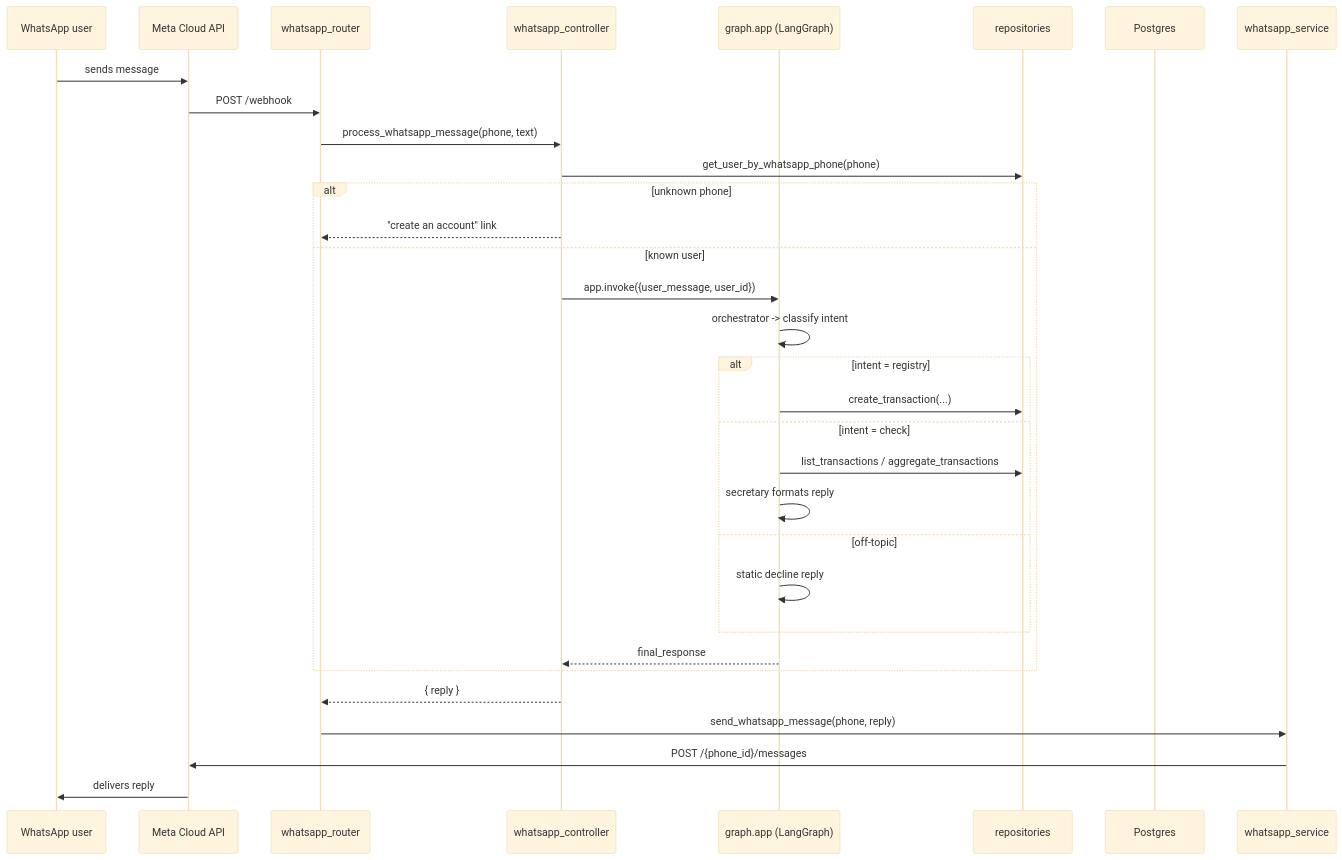
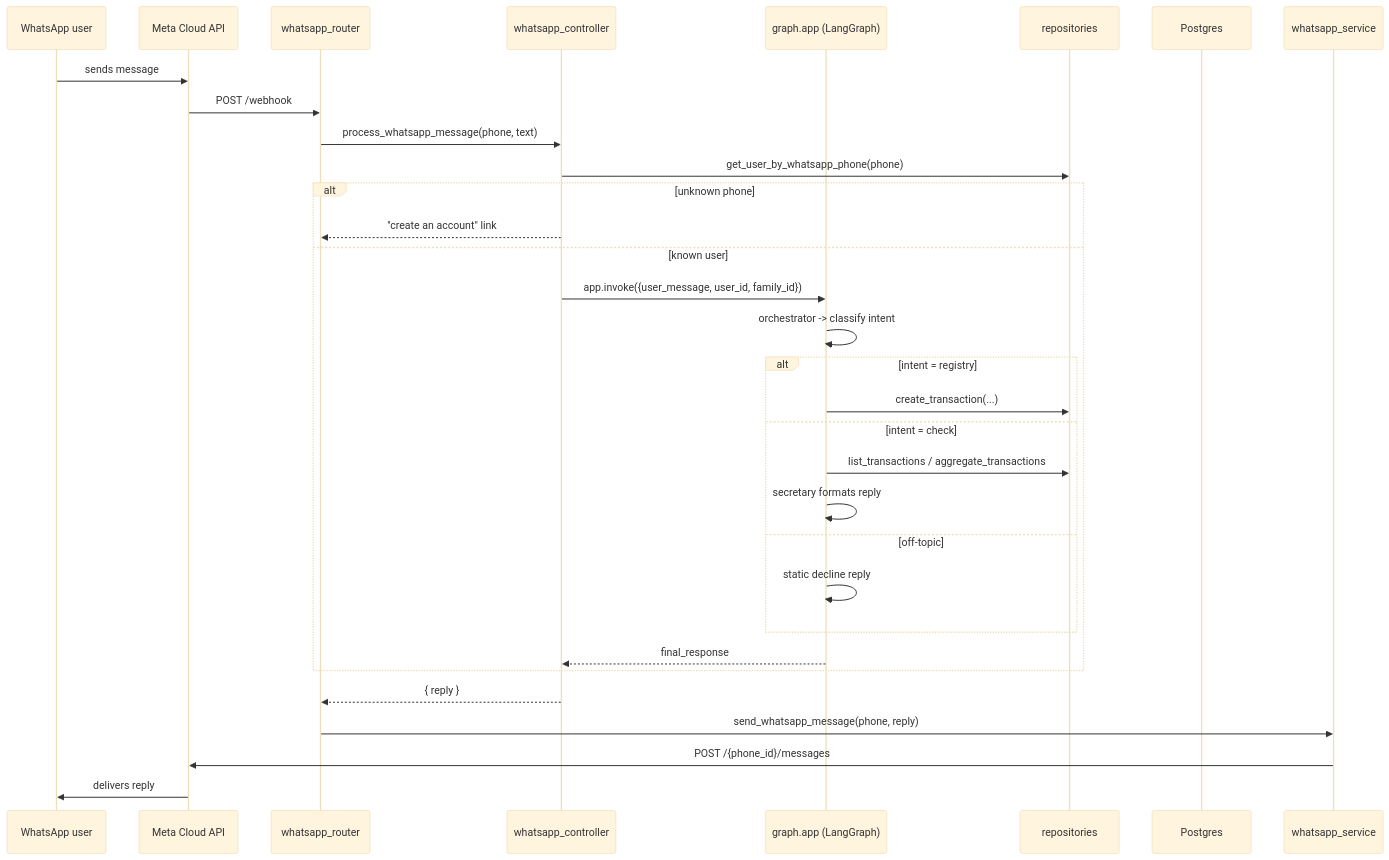
One commit to lucabattesini/money-budget changed the fourth of 4 diagrams in docs/SYSTEM_DESIGN.md. Above: the diagram before and after it, drawn with Mermaid (base theme). The commit also changed other lines of this file and 1 other file, not shown here.

````diff
--- a/docs/SYSTEM_DESIGN.md
+++ b/docs/SYSTEM_DESIGN.md
@@ -305,35 +334,35 @@
 ```mermaid
 sequenceDiagram
     participant WA as WhatsApp user
     participant Meta as Meta Cloud API
     participant WR as whatsapp_router
     participant WC as whatsapp_controller
     participant G as graph.app (LangGraph)
     participant Repo as repositories
     participant DB as Postgres
     participant WS as whatsapp_service
 
     WA->>Meta: sends message
     Meta->>WR: POST /webhook
     WR->>WC: process_whatsapp_message(phone, text)
     WC->>Repo: get_user_by_whatsapp_phone(phone)
     alt unknown phone
         WC-->>WR: "create an account" link
     else known user
-        WC->>G: app.invoke({user_message, user_id})
+        WC->>G: app.invoke({user_message, user_id, family_id})
         G->>G: orchestrator -> classify intent
         alt intent = registry
             G->>Repo: create_transaction(...)
         else intent = check
             G->>Repo: list_transactions / aggregate_transactions
             G->>G: secretary formats reply
         else off-topic
             G->>G: static decline reply
         end
         G-->>WC: final_response
     end
     WC-->>WR: { reply }
     WR->>WS: send_whatsapp_message(phone, reply)
     WS->>Meta: POST /{phone_id}/messages
     Meta->>WA: delivers reply
 ```
````
